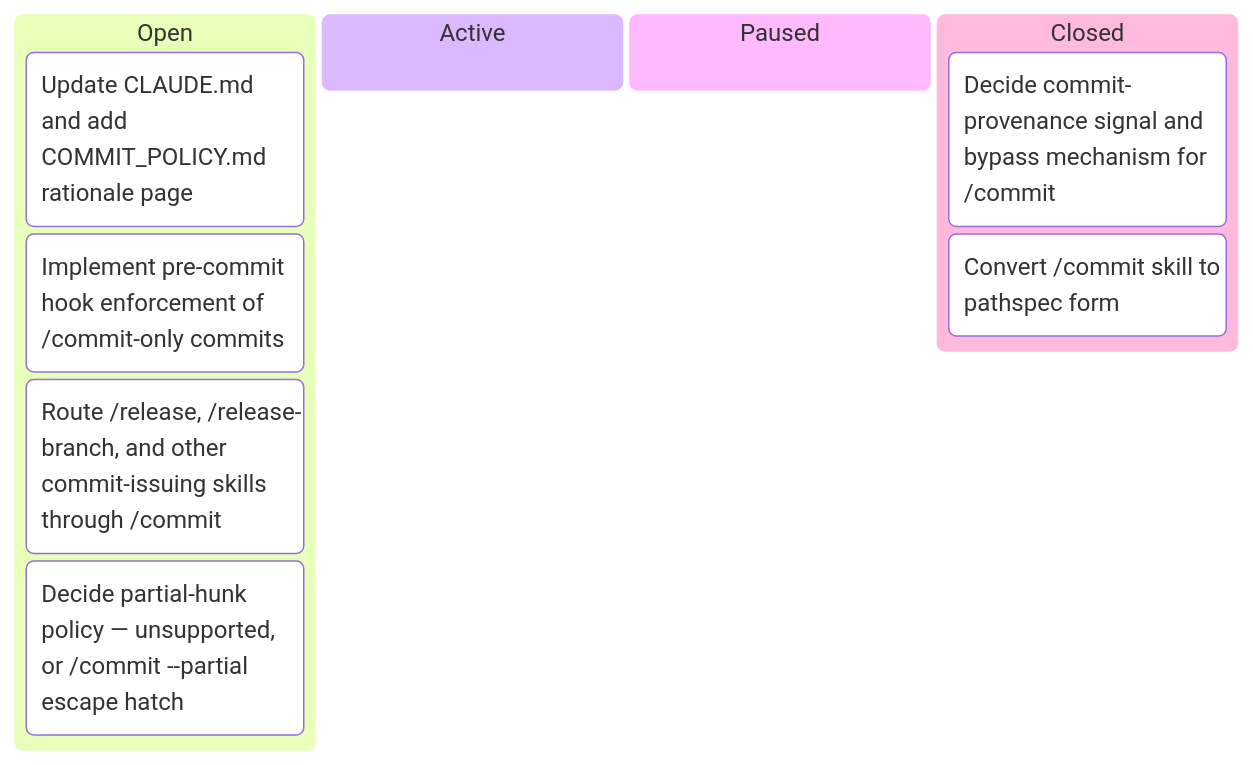
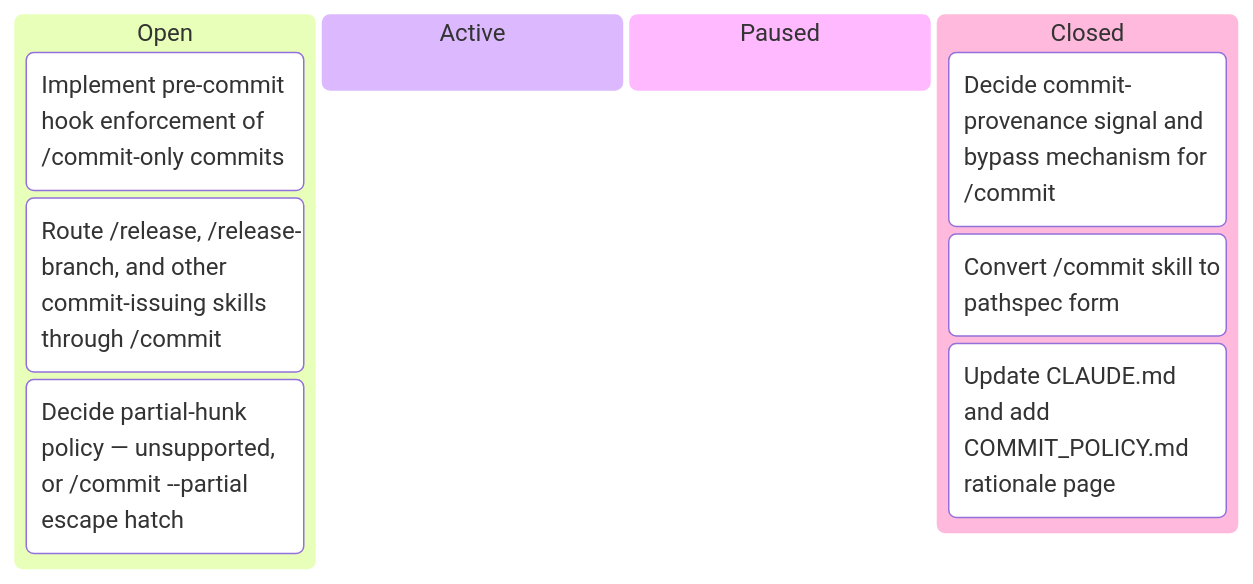
The first of 6 diagrams in docs/developers/tasks/KANBAN.md (tgd1975/AwesomeStudioPedal), drawn with Mermaid before and after one commit. The commit also changed other lines of this file and 5 other files, not shown here.

````diff
--- a/docs/developers/tasks/KANBAN.md
+++ b/docs/developers/tasks/KANBAN.md
@@ -11,13 +11,13 @@
 ```mermaid
 kanban
   Open
-    TASK_324["Update CLAUDE.md and add COMMIT_POLICY.md rationale page"]
     TASK_325["Implement pre-commit hook enforcement of /commit-only commits"]
     TASK_326["Route /release, /release-branch, and other commit-issuing skills through /commit"]
     TASK_327["Decide partial-hunk policy — unsupported, or /commit --partial escape hatch"]
   Active
   Paused
   Closed
     TASK_322["Decide commit-provenance signal and bypass mechanism for /commit"]
     TASK_323["Convert /commit skill to pathspec form"]
+    TASK_324["Update CLAUDE.md and add COMMIT_POLICY.md rationale page"]
 ```
````
